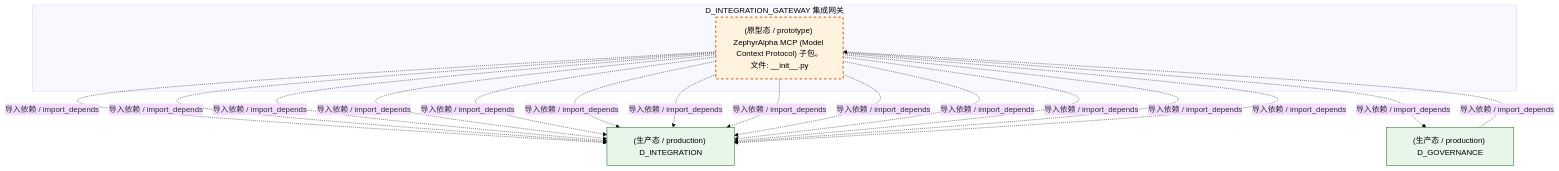
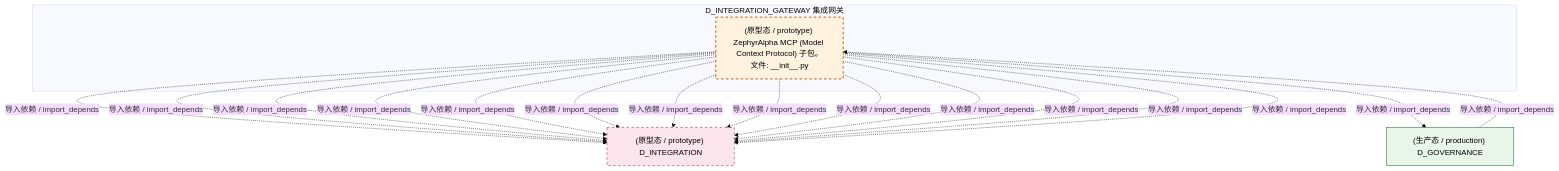
One commit to xuanFelixVan/ZephyrAlpha changed the third of 4 diagrams in docs/02_enterprise_architecture/02_domain_architecture_docs/19_d_integration_gateway.md. Above: the diagram before and after it, drawn with Mermaid (base theme). The commit also changed other lines of this file and 126 other files, not shown here.

````diff
--- a/docs/02_enterprise_architecture/02_domain_architecture_docs/19_d_integration_gateway.md
+++ b/docs/02_enterprise_architecture/02_domain_architecture_docs/19_d_integration_gateway.md
@@ -124,29 +125,30 @@
 ```mermaid
 graph TD
     subgraph D_INTEGRATION_GATEWAY["D_INTEGRATION_GATEWAY 集成网关"]
         src_zephyr_integration_mcp_init_py["(原型态 / prototype) ZephyrAlpha MCP (Model Context Protocol) 子包。<br/>文件: __init__.py"]
     end
-    D_INTEGRATION["(生产态 / production) D_INTEGRATION"]
-    src_zephyr_integration_mcp_init_py -.->|导入依赖 / import_depends| D_INTEGRATION
+    D_INTEGRATION["(原型态 / prototype) D_INTEGRATION"]
     src_zephyr_integration_mcp_init_py -.->|导入依赖 / import_depends| D_INTEGRATION
     src_zephyr_integration_mcp_init_py -.->|导入依赖 / import_depends| D_INTEGRATION
     src_zephyr_integration_mcp_init_py -.->|导入依赖 / import_depends| D_INTEGRATION
     src_zephyr_integration_mcp_init_py -.->|导入依赖 / import_depends| D_INTEGRATION
     src_zephyr_integration_mcp_init_py -.->|导入依赖 / import_depends| D_INTEGRATION
     src_zephyr_integration_mcp_init_py -.->|导入依赖 / import_depends| D_INTEGRATION
     src_zephyr_integration_mcp_init_py -.->|导入依赖 / import_depends| D_INTEGRATION
     src_zephyr_integration_mcp_init_py -.->|导入依赖 / import_depends| D_INTEGRATION
     src_zephyr_integration_mcp_init_py -.->|导入依赖 / import_depends| D_INTEGRATION
     src_zephyr_integration_mcp_init_py -.->|导入依赖 / import_depends| D_INTEGRATION
     D_GOVERNANCE["(生产态 / production) D_GOVERNANCE"]
     src_zephyr_integration_mcp_init_py -.->|导入依赖 / import_depends| D_GOVERNANCE
     src_zephyr_integration_mcp_init_py -.->|导入依赖 / import_depends| D_INTEGRATION
     src_zephyr_integration_mcp_init_py -.->|导入依赖 / import_depends| D_INTEGRATION
+    src_zephyr_integration_mcp_init_py -.->|导入依赖 / import_depends| D_INTEGRATION
     D_GOVERNANCE -.->|导入依赖 / import_depends| src_zephyr_integration_mcp_init_py
     classDef production fill:#e1f5fe,stroke:#01579b,stroke-width:2px,color:#000
     classDef design fill:#fff3e0,stroke:#e65100,stroke-width:2px,color:#000,stroke-dasharray: 5 5
     classDef external_prod fill:#e8f5e9,stroke:#1b5e20,stroke-width:1px,color:#000
     classDef external_design fill:#fce4ec,stroke:#880e4f,stroke-width:1px,color:#000,stroke-dasharray: 5 5
     class src_zephyr_integration_mcp_init_py design
-    class D_INTEGRATION,D_GOVERNANCE external_prod
+    class D_GOVERNANCE external_prod
+    class D_INTEGRATION external_design
 ```
````
